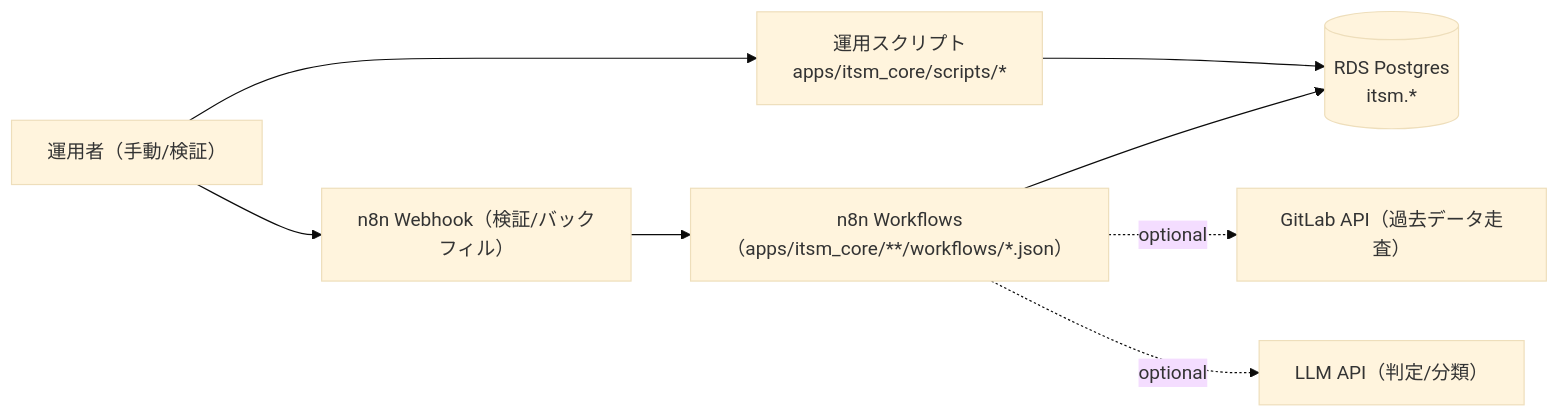
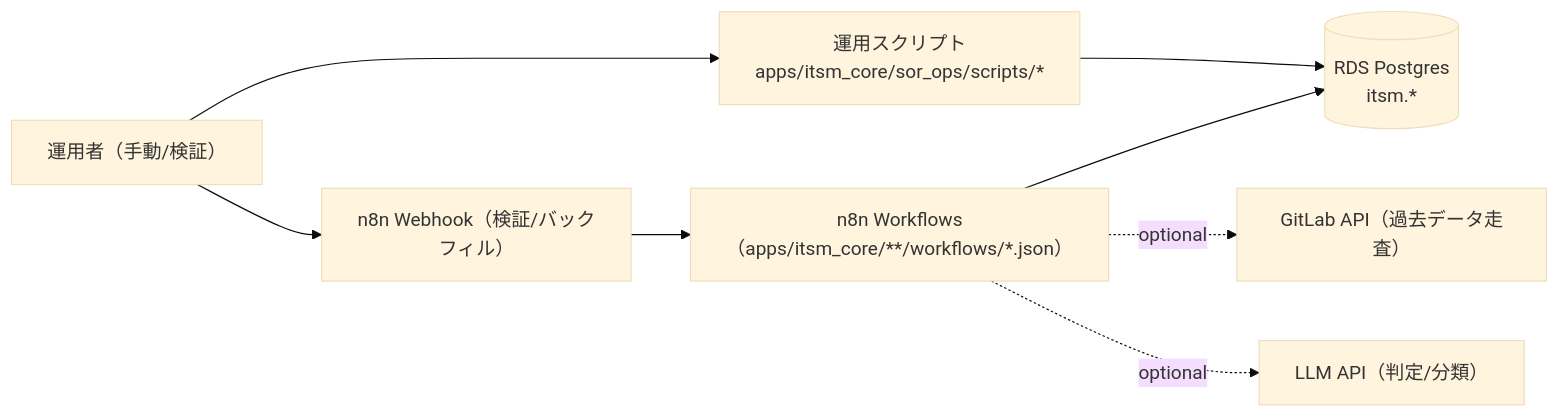
One commit to smic-aiops/aiops-agent changed the diagram in apps/itsm_core/README.md. Above: the diagram before and after it, drawn with Mermaid (base theme). The commit also changed other lines of this file and 436 other files, not shown here.

First line of the commit message:
itsm_core: consolidate sub-apps and harden OQ/dry-run

````diff
--- a/apps/itsm_core/README.md
+++ b/apps/itsm_core/README.md
@@ -55,11 +55,11 @@
 ```mermaid
 flowchart LR
-  Operator[運用者（手動/検証）] --> Scripts["運用スクリプト<br/>apps/itsm_core/scripts/*"]
+  Operator[運用者（手動/検証）] --> Scripts["運用スクリプト<br/>apps/itsm_core/sor_ops/scripts/*"]
   Scripts --> DB[(RDS Postgres<br/>itsm.*)]
 
   Operator --> Webhook["n8n Webhook（検証/バックフィル）"]
   Webhook --> WF[n8n Workflows（apps/itsm_core/**/workflows/*.json）]
   WF --> DB
   WF -. optional .-> GitLab[GitLab API（過去データ走査）]
   WF -. optional .-> LLM[LLM API（判定/分類）]
 ```
````
